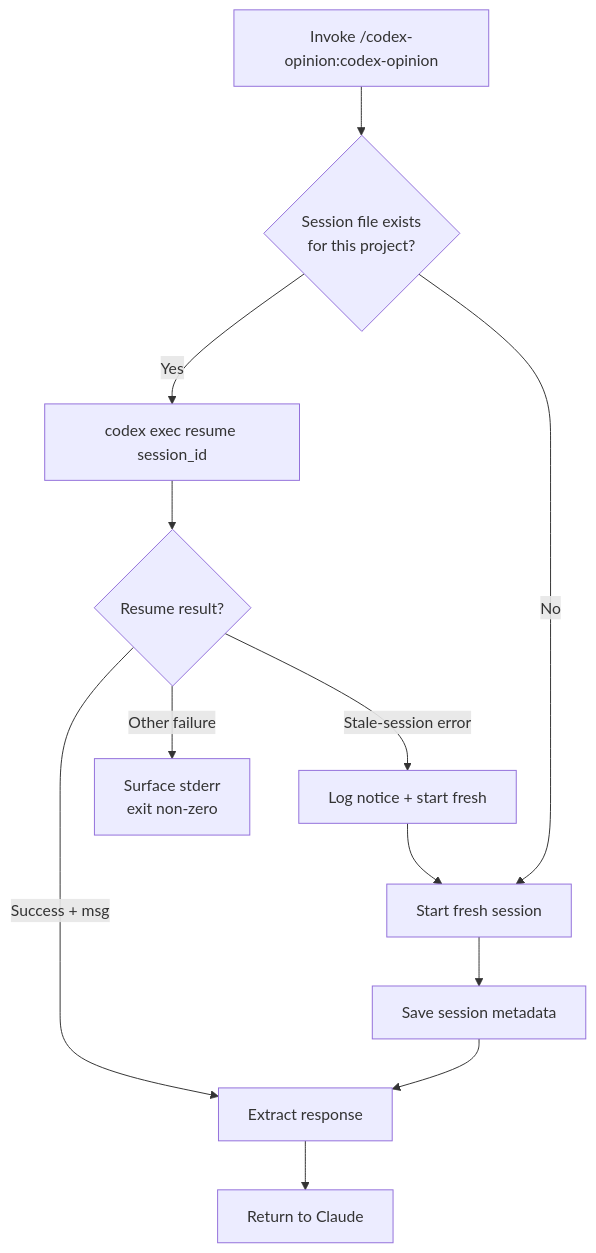
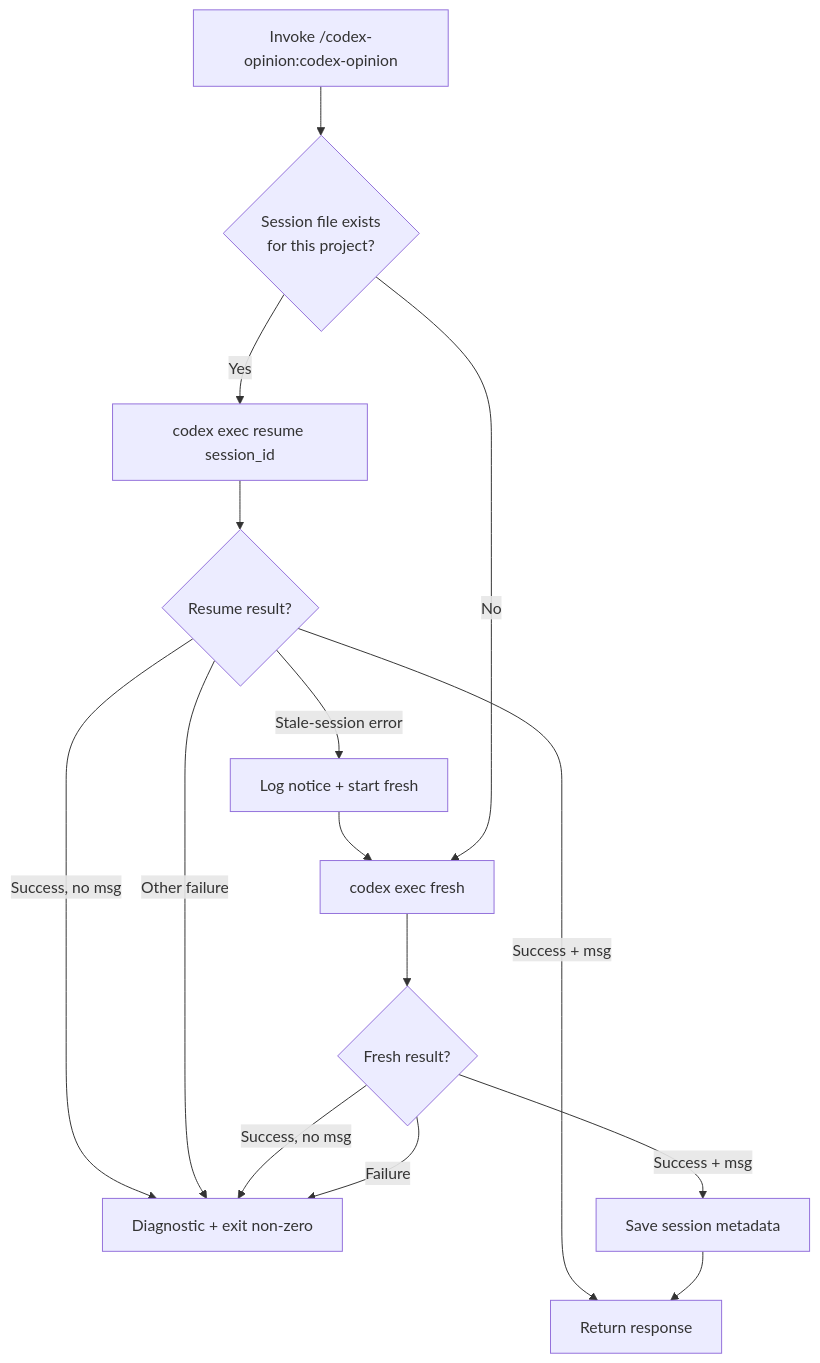
One commit to ehzawad/codex-opinion changed the second of 3 diagrams in README.md. Above: the diagram before and after it, drawn with Mermaid. The commit also changed 1 other file, not shown here.

Commit message:
v1.2.2: sync session-management flowchart with fresh-path save ordering
The flowchart had a stale fresh branch — it showed save-metadata happening
unconditionally and no handling for fresh no-message. Actual code (since
v1.2.1) only saves when the fresh session returned an agent_message, and
exits non-zero with a diagnostic otherwise. The resume-path no-message
case was also absent; added it for symmetry.

````diff
--- a/README.md
+++ b/README.md
@@ -76,14 +76,17 @@
 ```mermaid
 flowchart TD
     A[Invoke /codex-opinion:codex-opinion] --> B{Session file exists<br/>for this project?}
     B -- Yes --> C[codex exec resume session_id]
     C --> D{Resume result?}
-    D -- Success + msg --> E[Extract response]
+    D -- Success + msg --> E[Return response]
+    D -- Success, no msg --> X["Diagnostic + exit non-zero"]
     D -- Stale-session error --> F["Log notice + start fresh"]
-    D -- Other failure --> X["Surface stderr<br/>exit non-zero"]
-    F --> G[Start fresh session]
+    D -- Other failure --> X
+    F --> G[codex exec fresh]
     B -- No --> G
-    G --> H[Save session metadata]
-    H --> E
-    E --> I[Return to Claude]
+    G --> H{Fresh result?}
+    H -- Success + msg --> I[Save session metadata]
+    H -- Success, no msg --> X
+    H -- Failure --> X
+    I --> E
 ```
````
